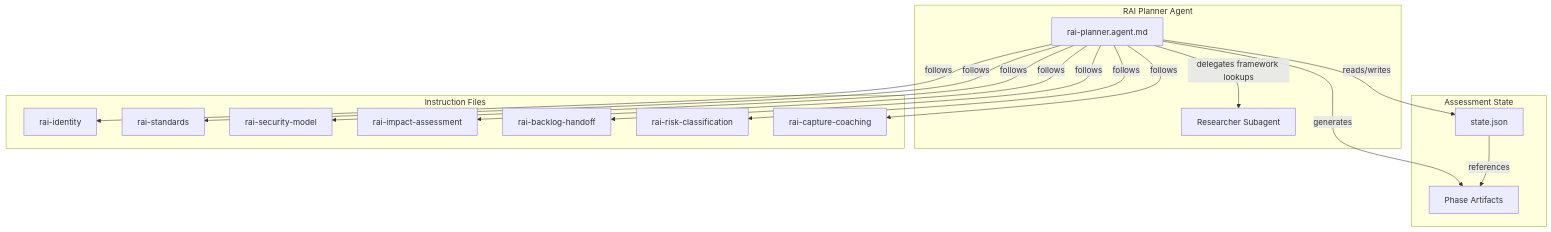
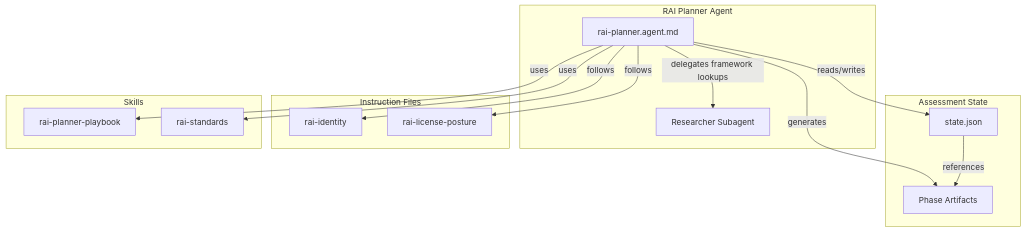
The diagram in docs/agents/rai-planning/agent-overview.md (microsoft/hve-core), drawn with Mermaid before and after one commit. The commit also changed other lines of this file and 96 other files, not shown here.

First line of the commit message:
refactor(skills): consolidate RAI instructions into rai-standards and rai-planner-playbook skills

````diff
--- a/docs/agents/rai-planning/agent-overview.md
+++ b/docs/agents/rai-planning/agent-overview.md
@@ -23,34 +23,31 @@
 ```mermaid
 flowchart TD
   subgraph Agent ["RAI Planner Agent"]
     RP["rai-planner.agent.md"]
     RS["Researcher Subagent"]
     RP -->|"delegates framework lookups"| RS
   end
 
   subgraph State ["Assessment State"]
     SJ["state.json"]
     AF["Phase Artifacts"]
     SJ -->|"references"| AF
   end
 
   subgraph Instructions ["Instruction Files"]
     I1["rai-identity"]
-    I2["rai-standards"]
-    I3["rai-security-model"]
-    I4["rai-impact-assessment"]
-    I5["rai-backlog-handoff"]
-    I6["rai-risk-classification"]
-    I7["rai-capture-coaching"]
+    I2["rai-license-posture"]
+  end
+
+  subgraph Skills ["Skills"]
+    S1["rai-planner-playbook"]
+    S2["rai-standards"]
   end
 
   RP -->|"reads/writes"| SJ
   RP -->|"generates"| AF
   RP -->|"follows"| I1
   RP -->|"follows"| I2
-  RP -->|"follows"| I3
-  RP -->|"follows"| I4
-  RP -->|"follows"| I5
-  RP -->|"follows"| I6
-  RP -->|"follows"| I7
+  RP -->|"uses"| S1
+  RP -->|"uses"| S2
 ```
````
